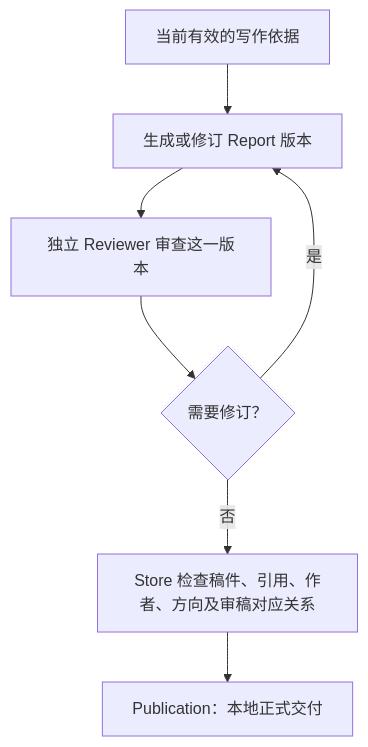
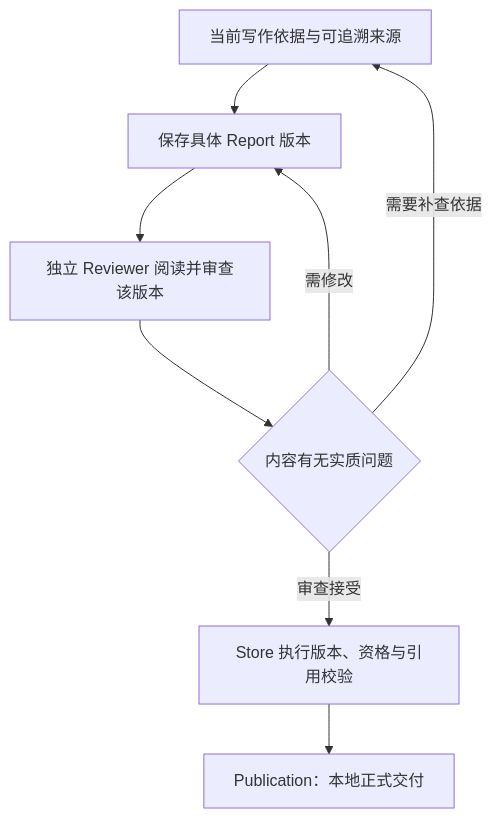
The seventh of 7 diagrams in docs/technical-handbook/02-architecture.md (studyzhige-ui/Epivra), drawn with Mermaid before and after one commit. The commit also changed other lines of this file, not shown here.

````diff
--- a/docs/technical-handbook/02-architecture.md
+++ b/docs/technical-handbook/02-architecture.md
@@ -136,9 +228,10 @@
 ```mermaid
 flowchart TD
-  B["当前有效的写作依据"] --> D["生成或修订 Report 版本"]
-  D --> RV["独立 Reviewer 审查这一版本"]
-  RV --> Q{"需要修订？"}
-  Q -->|是| D
-  Q -->|否| V["Store 检查稿件、引用、作者、方向及审稿对应关系"]
-  V --> P["Publication：本地正式交付"]
+    B["当前写作依据与可追溯来源"] --> R["保存具体 Report 版本"]
+    R --> V["独立 Reviewer 阅读并审查该版本"]
+    V --> Q{"内容有无实质问题"}
+    Q -->|"需修改"| R
+    Q -->|"需要补查依据"| B
+    Q -->|"审查接受"| C["Store 执行版本、资格与引用校验"]
+    C --> P["Publication：本地正式交付"]
 ```
````
